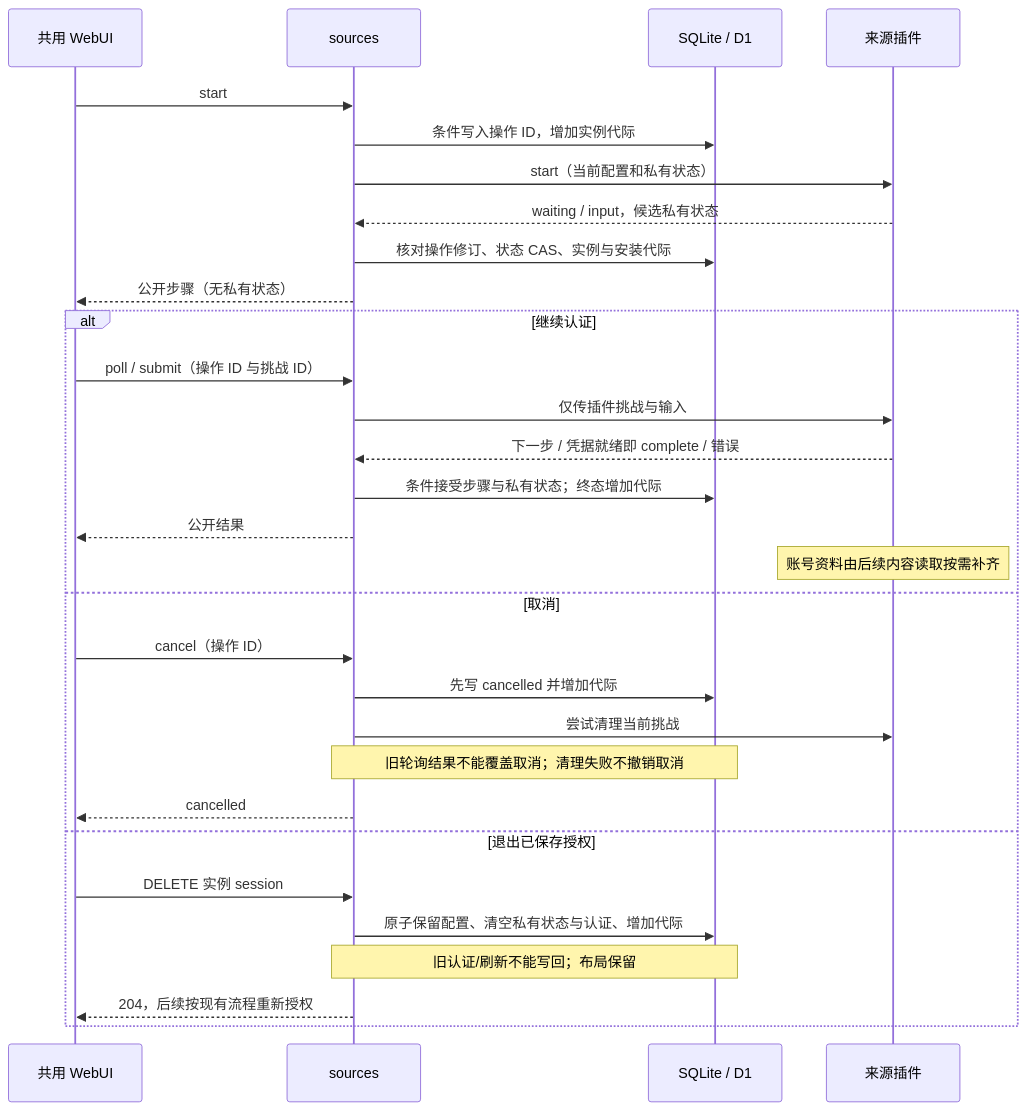
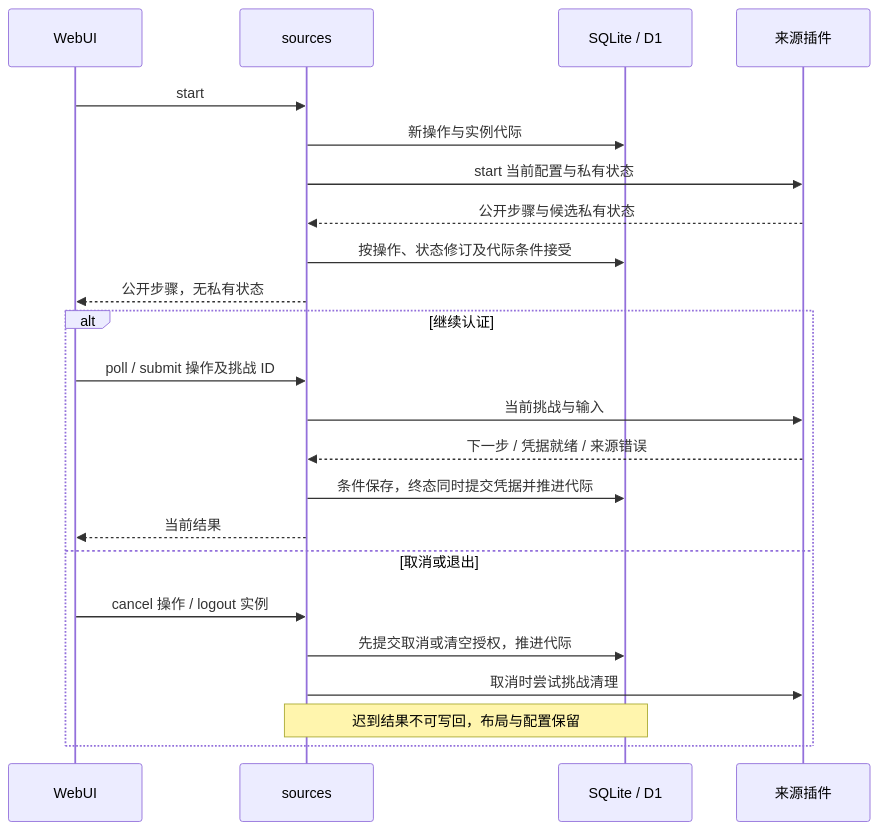
Before and after one commit to shengyusi-SYS/musicfs: the eighth of 13 diagrams in docs/architecture/diagrams.md, drawn with Mermaid. The commit also changed other lines of this file and 23 other files, not shown here.

Commit message:
docs: consolidate MusicFS architecture and reusable lessons

````diff
--- a/docs/architecture/diagrams.md
+++ b/docs/architecture/diagrams.md
@@ -240,32 +198,25 @@
 ```mermaid
 sequenceDiagram
-  participant W as 共用 WebUI
+  participant W as WebUI
   participant S as sources
-  participant D as SQLite / D1
+  participant DB as SQLite / D1
   participant P as 来源插件
   W->>S: start
-  S->>D: 条件写入操作 ID，增加实例代际
-  S->>P: start（当前配置和私有状态）
-  P-->>S: waiting / input，候选私有状态
-  S->>D: 核对操作修订、状态 CAS、实例与安装代际
-  S-->>W: 公开步骤（无私有状态）
+  S->>DB: 新操作与实例代际
+  S->>P: start 当前配置与私有状态
+  P-->>S: 公开步骤与候选私有状态
+  S->>DB: 按操作、状态修订及代际条件接受
+  S-->>W: 公开步骤，无私有状态
   alt 继续认证
-    W->>S: poll / submit（操作 ID 与挑战 ID）
-    S->>P: 仅传插件挑战与输入
-    P-->>S: 下一步 / 凭据就绪即 complete / 错误
-    S->>D: 条件接受步骤与私有状态；终态增加代际
-    S-->>W: 公开结果
-    Note over P: 账号资料由后续内容读取按需补齐
-  else 取消
-    W->>S: cancel（操作 ID）
-    S->>D: 先写 cancelled 并增加代际
-    S->>P: 尝试清理当前挑战
-    Note over S,D: 旧轮询结果不能覆盖取消；清理失败不撤销取消
-    S-->>W: cancelled
-  else 退出已保存授权
-    W->>S: DELETE 实例 session
-    S->>D: 原子保留配置、清空私有状态与认证、增加代际
-    Note over S,D: 旧认证/刷新不能写回；布局保留
-    S-->>W: 204，后续按现有流程重新授权
+    W->>S: poll / submit 操作及挑战 ID
+    S->>P: 当前挑战与输入
+    P-->>S: 下一步 / 凭据就绪 / 来源错误
+    S->>DB: 条件保存，终态同时提交凭据并推进代际
+    S-->>W: 当前结果
+  else 取消或退出
+    W->>S: cancel 操作 / logout 实例
+    S->>DB: 先提交取消或清空授权，推进代际
+    S->>P: 取消时尝试挑战清理
+    Note over S,DB: 迟到结果不可写回，布局与配置保留
   end
 ```
````
